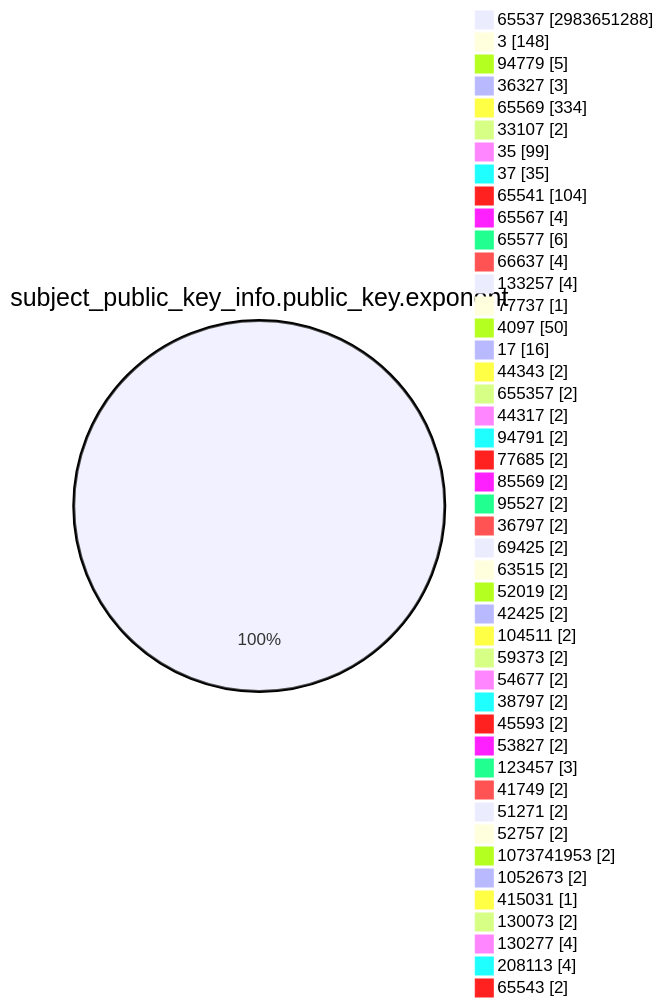
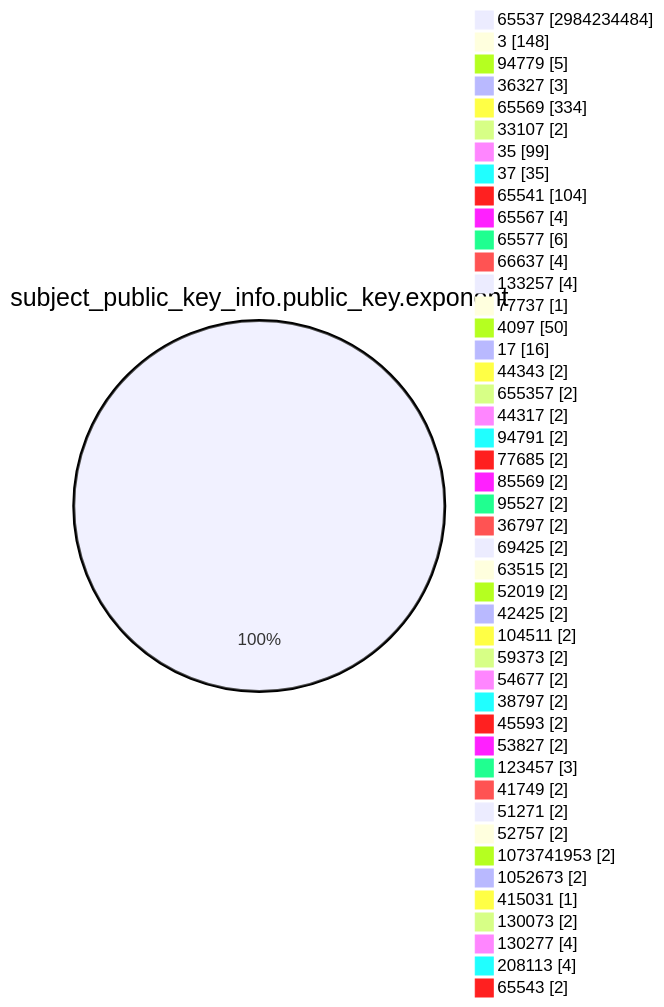
One commit to christiankrug/ctmonitor_visualization changed the fourth of 15 diagrams in TOTAL/README.md. Above: the diagram before and after it, drawn with Mermaid. The commit also changed other lines of this file, not shown here.

````diff
--- a/TOTAL/README.md
+++ b/TOTAL/README.md
@@ -1472,49 +1472,49 @@
 ```mermaid
 pie showData
 title subject_public_key_info.public_key.exponent
-"65537" :2983651288
+"65537" :2984234484
 "3" :148
 "94779" :5
 "36327" :3
 "65569" :334
 "33107" :2
 "35" :99
 "37" :35
 "65541" :104
 "65567" :4
 "65577" :6
 "66637" :4
 "133257" :4
 "77737" :1
 "4097" :50
 "17" :16
 "44343" :2
 "655357" :2
 "44317" :2
 "94791" :2
 "77685" :2
 "85569" :2
 "95527" :2
 "36797" :2
 "69425" :2
 "63515" :2
 "52019" :2
 "42425" :2
 "104511" :2
 "59373" :2
 "54677" :2
 "38797" :2
 "45593" :2
 "53827" :2
 "123457" :3
 "41749" :2
 "51271" :2
 "52757" :2
 "1073741953" :2
 "1052673" :2
 "415031" :1
 "130073" :2
 "130277" :4
 "208113" :4
 "65543" :2
 ```
````
